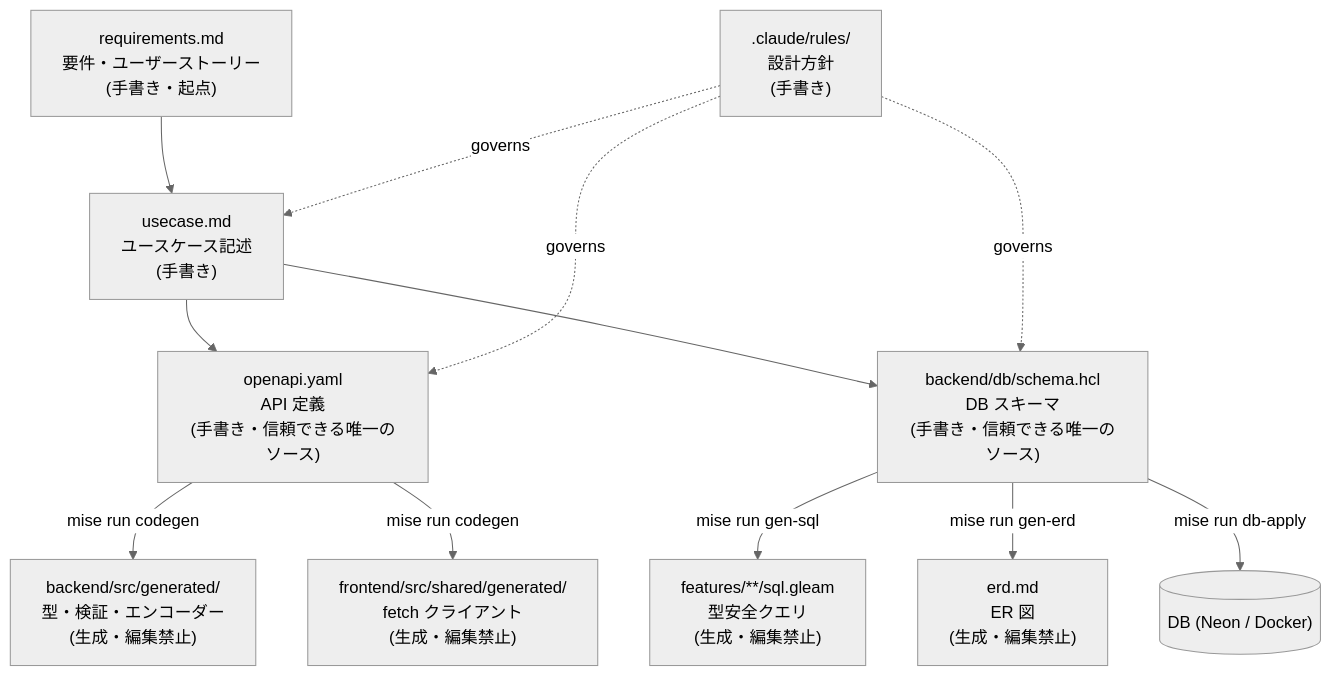
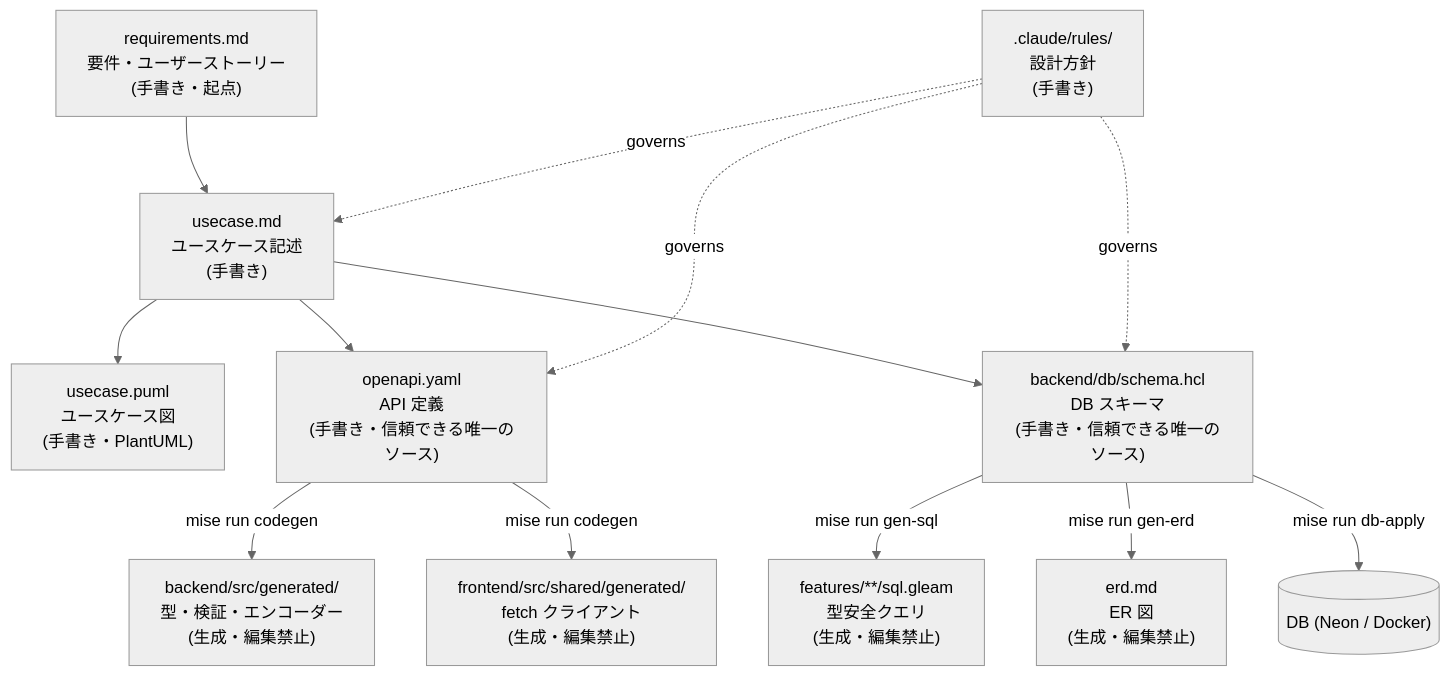
The diagram in docs/README.md (NabeKz/es-site), drawn with Mermaid (neutral theme) before and after one commit. The commit also changed other lines of this file and 1 other file, not shown here.

Commit message:
docs: レビュー指摘を反映（実装詳細の除去・地図の更新）
- usecase.md: 用語集の「在庫はこの積み重ねで決まる」を削除（在庫の算出方式は
  実装詳細でドメイン言語ルール違反。erd.md / aggregates.md の領域）
- README.md: ドキュメント地図に usecase.puml を追加（関係図・一覧表）

doc-consistency-reviewer の指摘（high / medium）に対応。

Claude-Session: https://claude.ai/code/session_01NpiMNmjCywEwy6QTiSa4Gk

````diff
--- a/docs/README.md
+++ b/docs/README.md
@@ -8,29 +8,31 @@
 ```mermaid
 flowchart TD
     req["requirements.md<br/>要件・ユーザーストーリー<br/>(手書き・起点)"]
     uc["usecase.md<br/>ユースケース記述<br/>(手書き)"]
+    uc_puml["usecase.puml<br/>ユースケース図<br/>(手書き・PlantUML)"]
 
     api["openapi.yaml<br/>API 定義<br/>(手書き・信頼できる唯一のソース)"]
     schema["backend/db/schema.hcl<br/>DB スキーマ<br/>(手書き・信頼できる唯一のソース)"]
 
     gen_be["backend/src/generated/<br/>型・検証・エンコーダー<br/>(生成・編集禁止)"]
     gen_fe["frontend/src/shared/generated/<br/>fetch クライアント<br/>(生成・編集禁止)"]
     sql_gen["features/**/sql.gleam<br/>型安全クエリ<br/>(生成・編集禁止)"]
     erd["erd.md<br/>ER 図<br/>(生成・編集禁止)"]
     db[("DB (Neon / Docker)")]
 
     req --> uc
+    uc --> uc_puml
     uc --> api
     uc --> schema
 
     api -->|mise run codegen| gen_be
     api -->|mise run codegen| gen_fe
     schema -->|mise run gen-sql| sql_gen
     schema -->|mise run gen-erd| erd
     schema -->|mise run db-apply| db
 
     rules[".claude/rules/<br/>設計方針<br/>(手書き)"]
     rules -.governs.-> uc
     rules -.governs.-> api
     rules -.governs.-> schema
 ```
````
